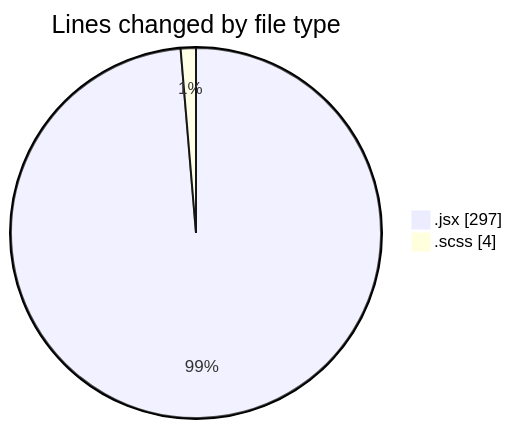
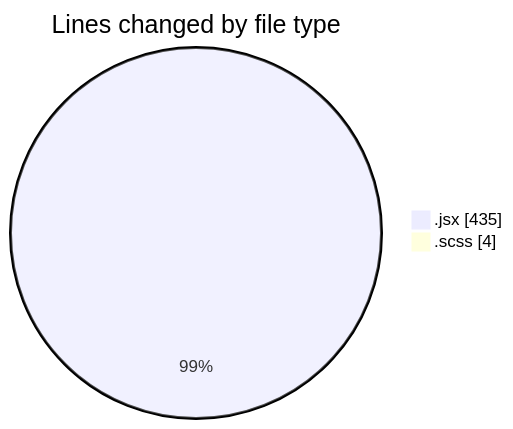
The first of 2 diagrams in 2025-06-04/cda/README.md (momahboobian/code-tracking), drawn with Mermaid before and after one commit. The commit also changed other lines of this file and 1 other file, not shown here.

````diff
--- a/2025-06-04/cda/README.md
+++ b/2025-06-04/cda/README.md
@@ -22,6 +22,6 @@
 ```mermaid
 pie showData
 title Lines changed by file type
-".jsx" : 297
+".jsx" : 435
 ".scss" : 4
 ```
````
